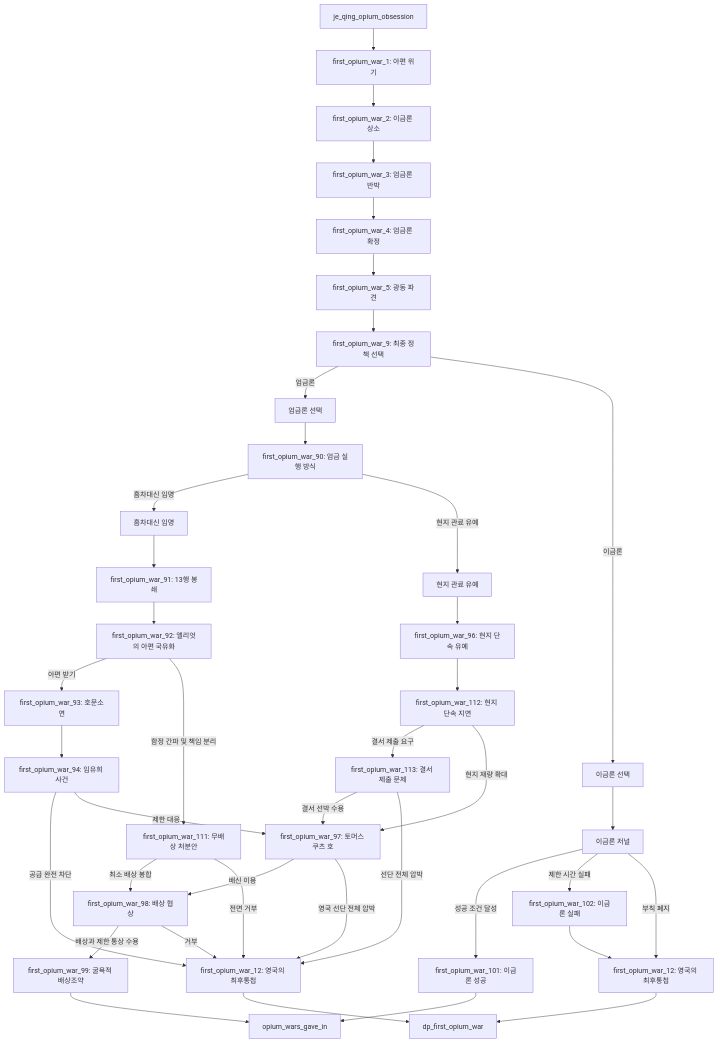
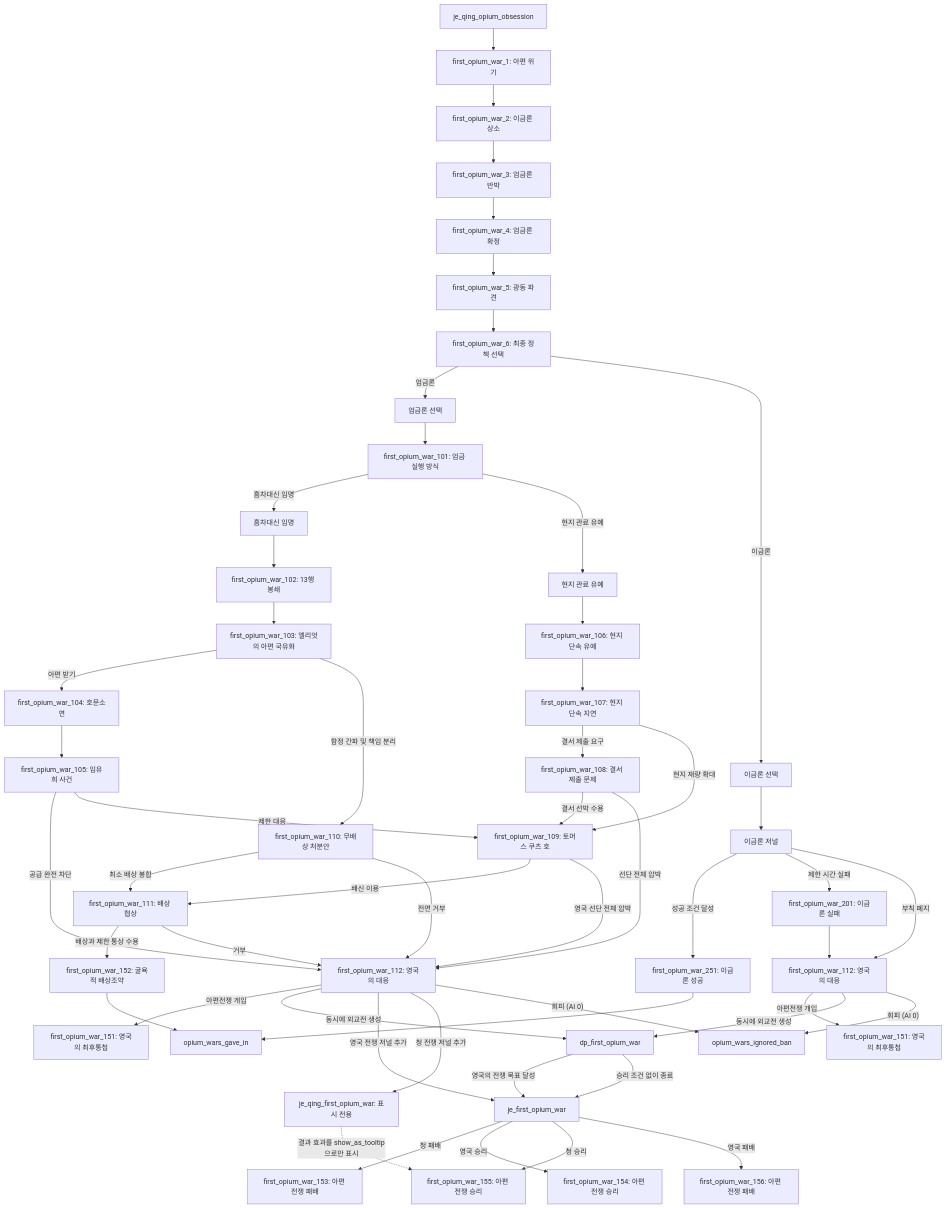
One commit to East-Asia-Flavor-Pack/East-Asia-Flavor-Pack changed the diagram in documentation/first_opium_war_journal_plan.md. Above: the diagram before and after it, drawn with Mermaid. The commit also changed other lines of this file and 6 other files, not shown here.

````diff
--- a/documentation/first_opium_war_journal_plan.md
+++ b/documentation/first_opium_war_journal_plan.md
@@ -85,42 +88,55 @@
 ```mermaid
 flowchart TD
     JE["je_qing_opium_obsession"] --> E1["first_opium_war_1: 아편 위기"]
     E1 --> E2["first_opium_war_2: 이금론 상소"]
     E2 --> E3["first_opium_war_3: 엄금론 반박"]
     E3 --> E4["first_opium_war_4: 엄금론 확정"]
     E4 --> E5["first_opium_war_5: 광동 파견"]
-    E5 --> E9["first_opium_war_9: 최종 정책 선택"]
+    E5 --> E9["first_opium_war_6: 최종 정책 선택"]
     E9 -- "엄금론" --> STRICT["엄금론 선택"]
     E9 -- "이금론" --> LEGAL["이금론 선택"]
-    STRICT --> E90["first_opium_war_90: 엄금 실행 방식"]
+    STRICT --> E90["first_opium_war_101: 엄금 실행 방식"]
     E90 -- "흠차대신 임명" --> COMM["흠차대신 임명"]
     E90 -- "현지 관료 유예" --> LOCAL["현지 관료 유예"]
-    COMM --> E91["first_opium_war_91: 13행 봉쇄"]
-    LOCAL --> E96["first_opium_war_96: 현지 단속 유예"]
-    E91 --> E92["first_opium_war_92: 엘리엇의 아편 국유화"]
-    E92 -- "아편 받기" --> E93["first_opium_war_93: 호문소연"]
-    E92 -- "함정 간파 및 책임 분리" --> E111["first_opium_war_111: 무배상 처분안"]
-    E111 -- "최소 배상 봉합" --> E98["first_opium_war_98: 배상 협상"]
-    E111 -- "전면 거부" --> ULT2["first_opium_war_12: 영국의 최후통첩"]
-    E93 --> E94["first_opium_war_94: 임유희 사건"]
-    E96 --> E112["first_opium_war_112: 현지 단속 지연"]
-    E112 -- "결서 제출 요구" --> E113["first_opium_war_113: 결서 제출 문제"]
-    E112 -- "현지 재량 확대" --> E97["first_opium_war_97: 토머스 쿠츠 호"]
+    COMM --> E91["first_opium_war_102: 13행 봉쇄"]
+    LOCAL --> E96["first_opium_war_106: 현지 단속 유예"]
+    E91 --> E92["first_opium_war_103: 엘리엇의 아편 국유화"]
+    E92 -- "아편 받기" --> E93["first_opium_war_104: 호문소연"]
+    E92 -- "함정 간파 및 책임 분리" --> E111["first_opium_war_110: 무배상 처분안"]
+    E111 -- "최소 배상 봉합" --> E98["first_opium_war_111: 배상 협상"]
+    E111 -- "전면 거부" --> GBR2["first_opium_war_112: 영국의 대응"]
+    E93 --> E94["first_opium_war_105: 임유희 사건"]
+    E96 --> E112["first_opium_war_107: 현지 단속 지연"]
+    E112 -- "결서 제출 요구" --> E113["first_opium_war_108: 결서 제출 문제"]
+    E112 -- "현지 재량 확대" --> E97["first_opium_war_109: 토머스 쿠츠 호"]
     E113 -- "결서 선박 수용" --> E97
-    E113 -- "선단 전체 압박" --> ULT2
-    E94 -- "공급 완전 차단" --> ULT2
+    E113 -- "선단 전체 압박" --> GBR2
+    E94 -- "공급 완전 차단" --> GBR2
     E94 -- "제한 대응" --> E97
     E97 -- "배신 이용" --> E98
-    E97 -- "영국 선단 전체 압박" --> ULT2
-    E98 -- "배상과 제한 통상 수용" --> TREATY["first_opium_war_99: 굴욕적 배상조약"]
-    E98 -- "거부" --> ULT2
+    E97 -- "영국 선단 전체 압박" --> GBR2
+    E98 -- "배상과 제한 통상 수용" --> TREATY["first_opium_war_152: 굴욕적 배상조약"]
+    E98 -- "거부" --> GBR2
     TREATY --> GIVEIN["opium_wars_gave_in"]
-    ULT2 --> DP["dp_first_opium_war"]
+    GBR2 -- "아편전쟁 개입" --> ULT2["first_opium_war_151: 영국의 최후통첩"]
+    GBR2 -- "동시에 외교전 생성" --> DP["dp_first_opium_war"]
+    GBR2 -- "영국 전쟁 저널 추가" --> WJE["je_first_opium_war"]
+    GBR2 -- "청 전쟁 저널 추가" --> QWJE["je_qing_first_opium_war: 표시 전용"]
+    DP -- "영국의 전쟁 목표 달성" --> WJE
+    WJE -- "청 패배" --> LOSS["first_opium_war_153: 아편 전쟁 패배"]
+    WJE -- "영국 승리" --> WIN["first_opium_war_154: 아편 전쟁 승리"]
+    DP -- "승리 조건 없이 종료" --> WJE
+    WJE -- "청 승리" --> QWIN["first_opium_war_155: 아편 전쟁 승리"]
+    WJE -- "영국 패배" --> BLOSS["first_opium_war_156: 아편 전쟁 패배"]
+    QWJE -. "결과 효과를 show_as_tooltip으로만 표시" .-> QWIN
+    GBR2 -- "회피 (AI 0)" --> IGNORE["opium_wars_ignored_ban"]
     LEGAL --> LJE["이금론 저널"]
-    LJE -- "성공 조건 달성" --> E101["first_opium_war_101: 이금론 성공"]
-    LJE -- "제한 시간 실패" --> E102["first_opium_war_102: 이금론 실패"]
-    LJE -- "부칙 폐지" --> ULT["first_opium_war_12: 영국의 최후통첩"]
+    LJE -- "성공 조건 달성" --> E101["first_opium_war_251: 이금론 성공"]
+    LJE -- "제한 시간 실패" --> E102["first_opium_war_201: 이금론 실패"]
+    LJE -- "부칙 폐지" --> GBR["first_opium_war_112: 영국의 대응"]
     E101 --> GIVEIN
-    E102 --> ULT
-    ULT --> DP
+    E102 --> GBR
+    GBR -- "아편전쟁 개입" --> ULT["first_opium_war_151: 영국의 최후통첩"]
+    GBR -- "동시에 외교전 생성" --> DP
+    GBR -- "회피 (AI 0)" --> IGNORE
 ```
````
